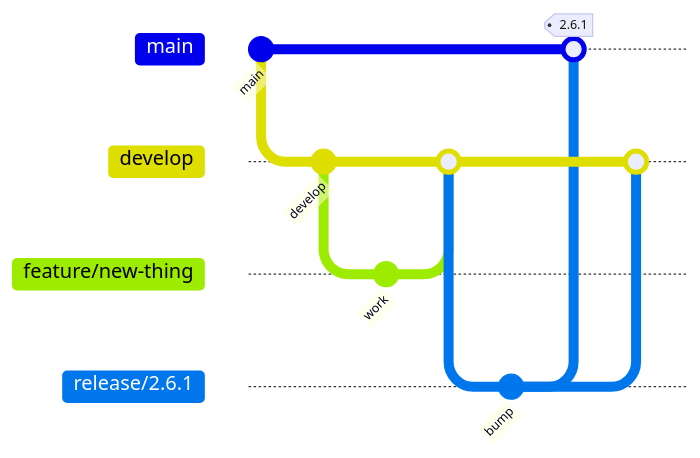
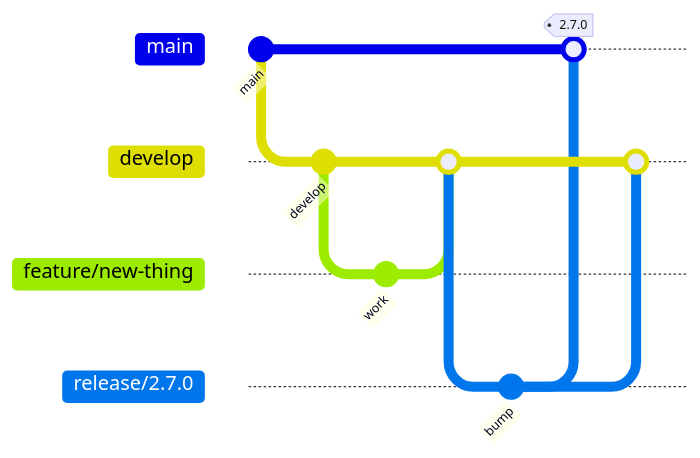
One commit to msk-access/py-gbcms changed the second of 2 diagrams in docs/development/developer-guide.md. Above: the diagram before and after it, drawn with Mermaid. The commit also changed 9 other files, not shown here.

````diff
--- a/docs/development/developer-guide.md
+++ b/docs/development/developer-guide.md
@@ -135,16 +135,16 @@
 ```mermaid
 gitGraph
     commit id: "main"
     branch develop
     commit id: "develop"
     branch feature/new-thing
     commit id: "work"
     checkout develop
     merge feature/new-thing
-    branch release/2.6.1
+    branch release/2.7.0
     commit id: "bump"
     checkout main
-    merge release/2.6.1 tag: "2.6.1"
+    merge release/2.7.0 tag: "2.7.0"
     checkout develop
-    merge release/2.6.1
+    merge release/2.7.0
 ```
````
